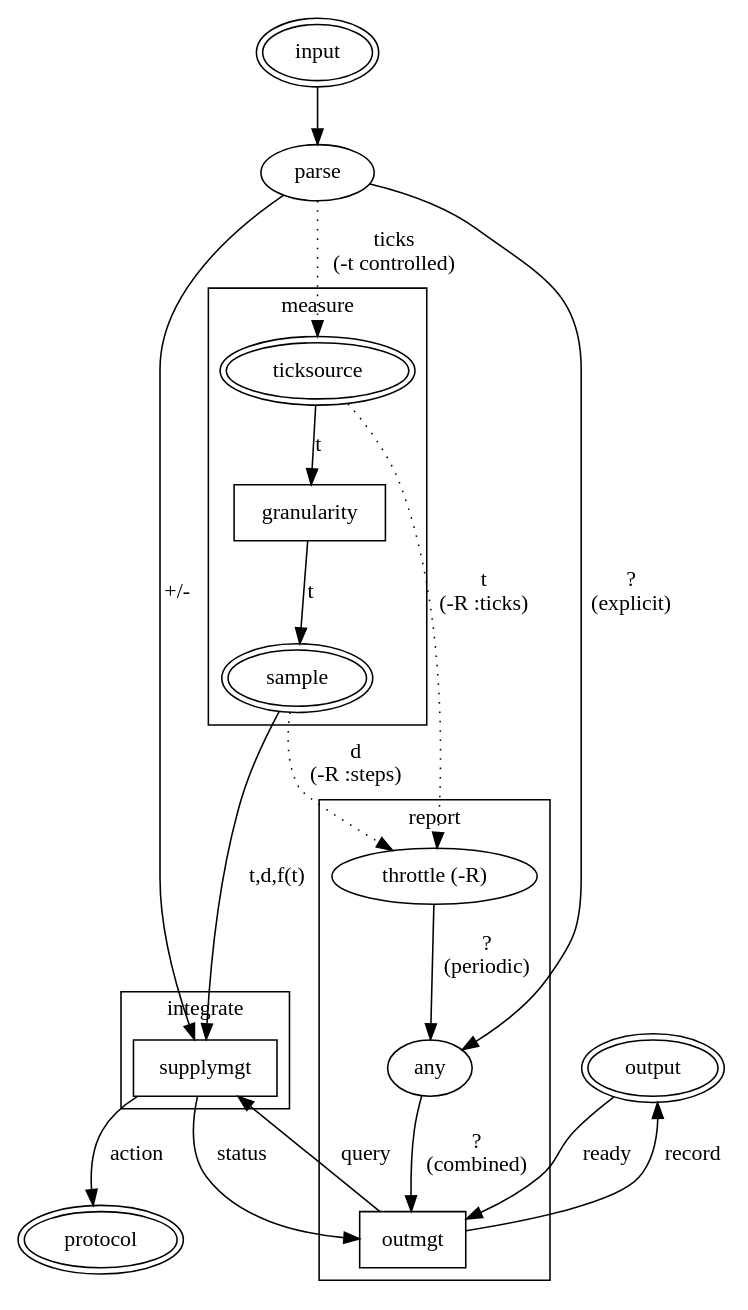
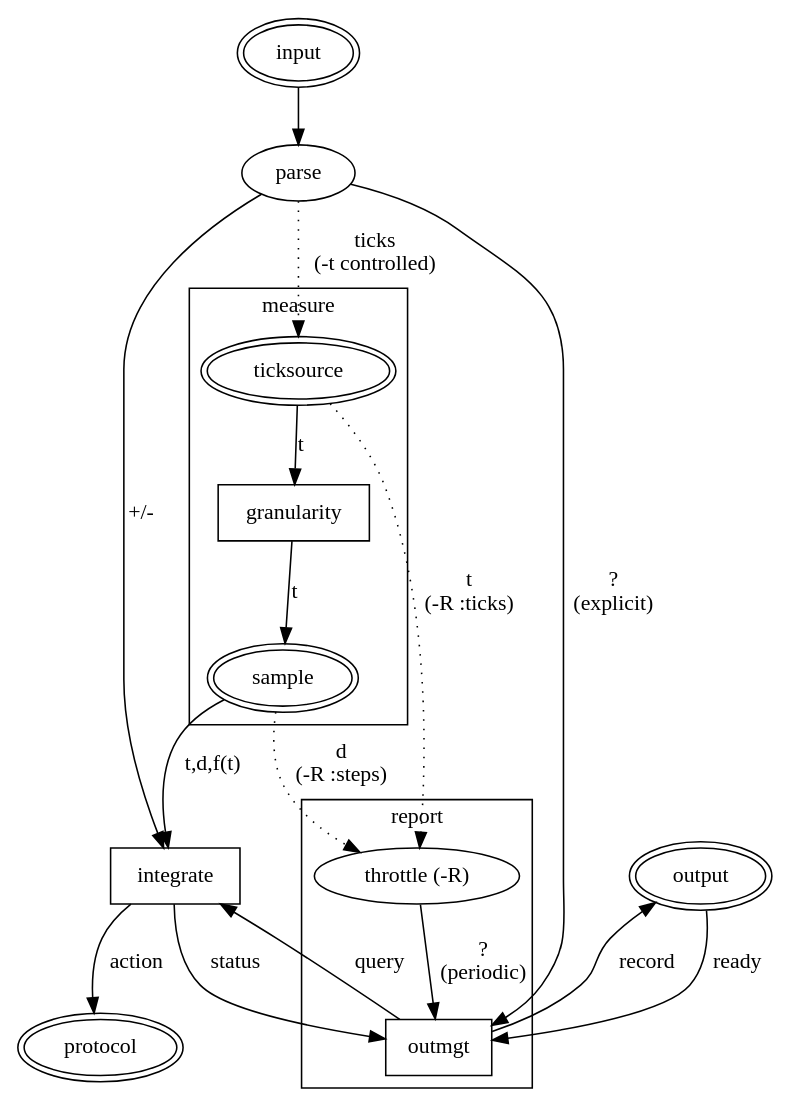
Before and after one commit to knz/reg: the diagram in design1.dot, drawn with Graphviz. The commit also changed 13 other files, not shown here.

```diff
--- a/design1.dot
+++ b/design1.dot
@@ -1,45 +1,41 @@
 digraph G {
    input [peripheries=2];
    output [peripheries=2];
    protocol [peripheries=2];
 
    subgraph cluster0 {
       throttle [label="throttle (-R)"];
       outmgt [shape=box];
-      any;
-      throttle -> any [label="?\n(periodic)"];
-      any -> outmgt [label="?\n(combined)"];
+      throttle -> outmgt [label="?\n(periodic)"];
       label="report";
    }
-   subgraph cluster1 {
-   supplymgt [shape=box];
-   label="integrate";
-   }
+   integrate [shape=box];
+
    subgraph cluster2 {
    ticksource [peripheries=2];
    sample [peripheries=2];
    granularity [shape=box];
    ticksource -> granularity [label="t"];
    granularity -> sample [label="t"];
    label="measure";
    }
 
    input -> parse;
-   parse -> supplymgt [label="+/-"];
-   parse -> any [label="?\n(explicit)"];
+   parse -> integrate [label="+/-"];
+   parse -> outmgt [label="?\n(explicit)"];
    parse -> ticksource [label="ticks\n(-t controlled)",style=dotted];
    
 
-   sample -> supplymgt [label="t,d,f(t)"];
-   supplymgt -> protocol [label="action"];
+   sample -> integrate [label="t,d,f(t)"];
+   integrate -> protocol [label="action"];
 
    ticksource -> throttle [label="t\n(-R :ticks)",style=dotted];
    sample -> throttle [label="d\n(-R :steps)",style=dotted];
 
-   outmgt -> supplymgt [label="query"];
-   supplymgt -> outmgt [label="status"];
+   outmgt -> integrate [label="query"];
+   integrate -> outmgt [label="status"];
 
    output -> outmgt [label="ready"];
    outmgt -> output [label="record"];
   
 }
```
